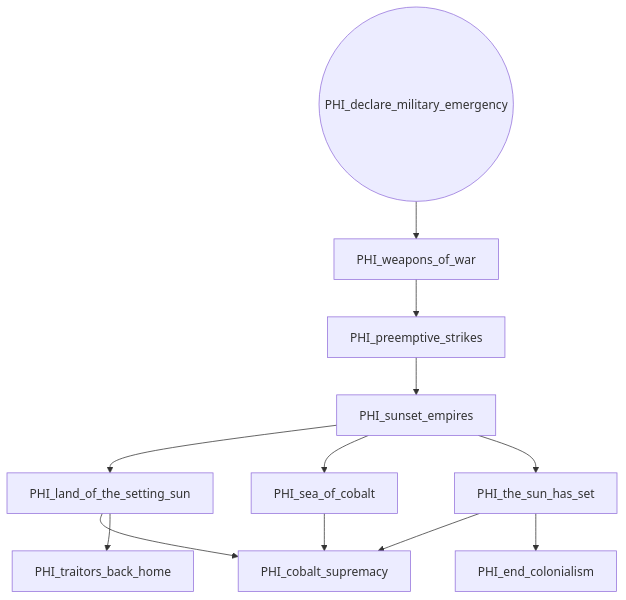
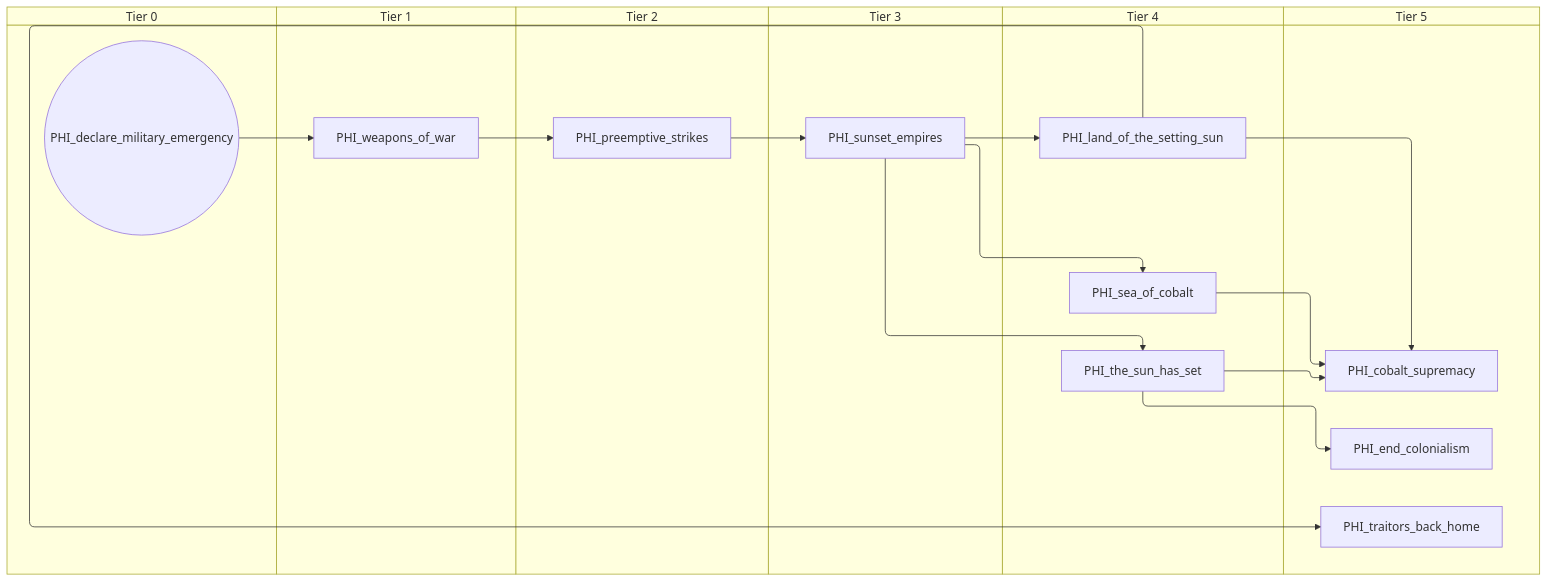
Before and after one commit to evgeny-sobol/hoi4-sandbox-mode: the second of 7 diagrams in docs/gdd/National Focuses/philippines.md, drawn with Mermaid. The commit also changed other lines of this file and 80 other files, not shown here.

First line of the commit message:
Add swimlane mode to focus graph exporter

````diff
--- a/docs/gdd/National Focuses/philippines.md
+++ b/docs/gdd/National Focuses/philippines.md
@@ -242,24 +272,36 @@
 ```mermaid
-flowchart TD
-    n84["PHI_cobalt_supremacy"]
-    n85(("PHI_declare_military_emergency"))
-    n86["PHI_end_colonialism"]
-    n87["PHI_land_of_the_setting_sun"]
-    n88["PHI_preemptive_strikes"]
-    n89["PHI_sea_of_cobalt"]
-    n90["PHI_sunset_empires"]
-    n91["PHI_the_sun_has_set"]
-    n92["PHI_traitors_back_home"]
-    n93["PHI_weapons_of_war"]
-    n87 --> n84
-    n91 --> n84
-    n89 --> n84
-    n91 --> n86
-    n90 --> n87
-    n93 --> n88
-    n90 --> n89
-    n88 --> n90
+swimlane-beta TD
+    subgraph tier_0["Tier 0"]
+        n84(("PHI_declare_military_emergency"))
+    end
+    subgraph tier_1["Tier 1"]
+        n85["PHI_weapons_of_war"]
+    end
+    subgraph tier_2["Tier 2"]
+        n86["PHI_preemptive_strikes"]
+    end
+    subgraph tier_3["Tier 3"]
+        n87["PHI_sunset_empires"]
+    end
+    subgraph tier_4["Tier 4"]
+        n88["PHI_land_of_the_setting_sun"]
+        n89["PHI_sea_of_cobalt"]
+        n90["PHI_the_sun_has_set"]
+    end
+    subgraph tier_5["Tier 5"]
+        n91["PHI_cobalt_supremacy"]
+        n92["PHI_end_colonialism"]
+        n93["PHI_traitors_back_home"]
+    end
+    n88 --> n91
     n90 --> n91
-    n87 --> n92
-    n85 --> n93
+    n89 --> n91
+    n90 --> n92
+    n87 --> n88
+    n85 --> n86
+    n87 --> n89
+    n86 --> n87
+    n87 --> n90
+    n88 --> n93
+    n84 --> n85
 ```
````
